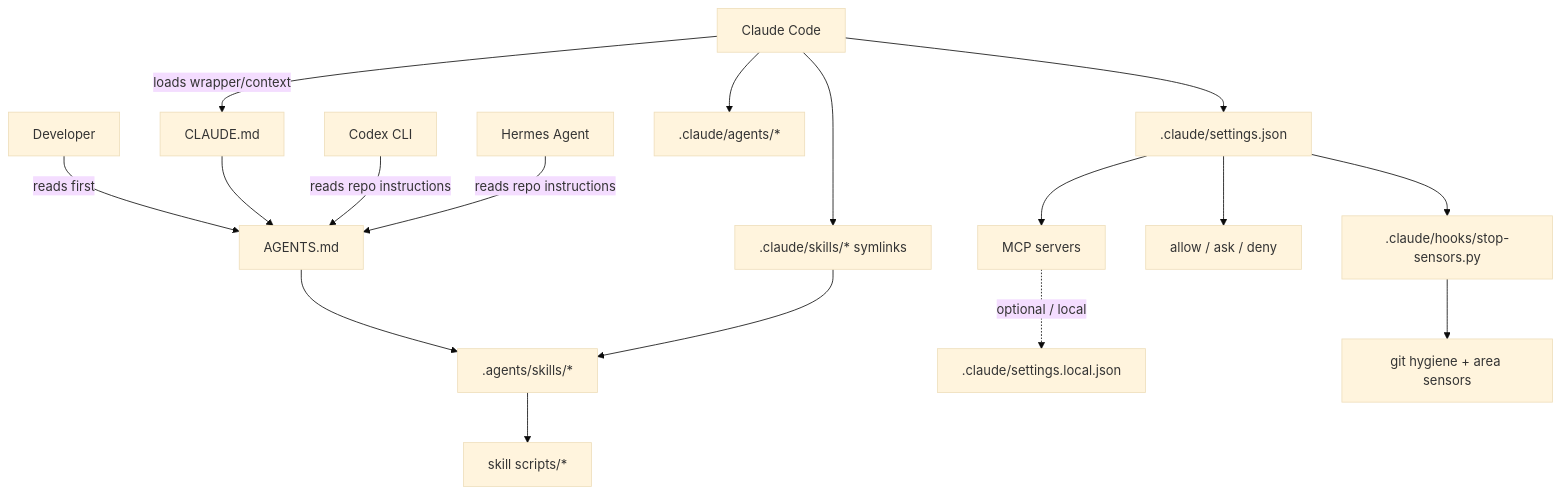
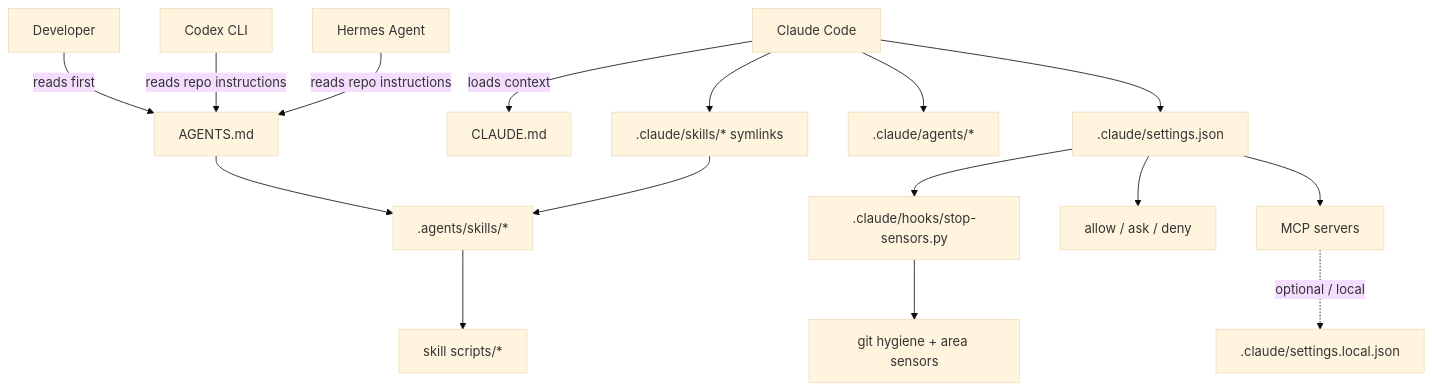
The diagram in docs/agent-onboarding.md (ifhito/hamburger_evaluation), drawn with Mermaid (base theme) before and after one commit. The commit also changed other lines of this file and 5 other files, not shown here.

````diff
--- a/docs/agent-onboarding.md
+++ b/docs/agent-onboarding.md
@@ -11,22 +11,21 @@
 ```mermaid
 flowchart TD
     Dev[Developer] -->|reads first| AGENTS[AGENTS.md]
-    Claude[Claude Code] -->|loads wrapper/context| CLAUDE[CLAUDE.md]
-    CLAUDE --> AGENTS
+    Claude[Claude Code] -->|loads context| CLAUDE[CLAUDE.md]
     Codex[Codex CLI] -->|reads repo instructions| AGENTS
     Hermes[Hermes Agent] -->|reads repo instructions| AGENTS
 
     AGENTS --> Skills[.agents/skills/*]
     Claude --> ClaudeSkills[.claude/skills/* symlinks]
     ClaudeSkills --> Skills
 
     Claude --> Subagents[.claude/agents/*]
     Claude --> Settings[.claude/settings.json]
     Settings --> Hooks[.claude/hooks/stop-sensors.py]
     Settings --> Permissions[allow / ask / deny]
     Settings --> MCP[MCP servers]
     MCP -. optional / local .-> Local[.claude/settings.local.json]
 
     Skills --> Scripts[skill scripts/*]
     Hooks --> Checks[git hygiene + area sensors]
 ```
````
